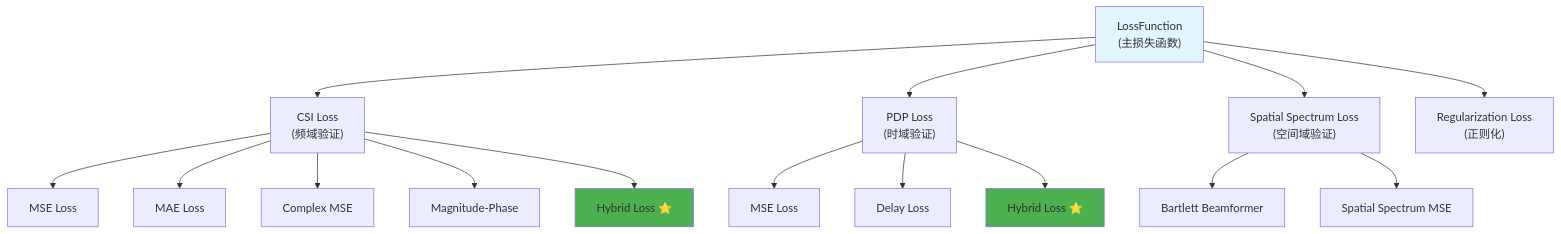
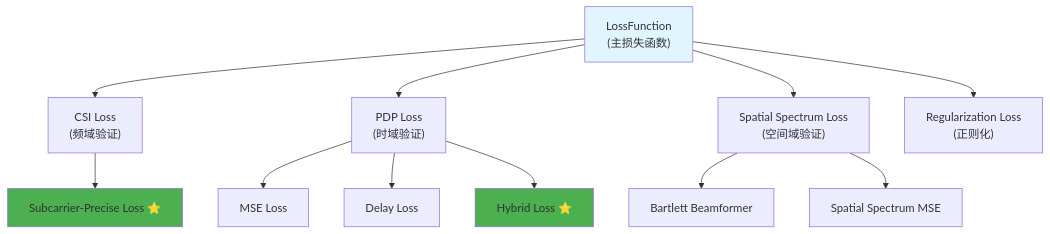
The diagram in docs/LOSS_FUNCTIONS.md (tagsysx/Prism), drawn with Mermaid before and after one commit. The commit also changed other lines of this file and 152 other files, not shown here.

````diff
--- a/docs/LOSS_FUNCTIONS.md
+++ b/docs/LOSS_FUNCTIONS.md
@@ -9,24 +9,20 @@
 ```mermaid
 graph TD
     A["LossFunction<br/>(主损失函数)"] --> B["CSI Loss<br/>(频域验证)"]
     A --> C["PDP Loss<br/>(时域验证)"]
     A --> D["Spatial Spectrum Loss<br/>(空间域验证)"]
     A --> E["Regularization Loss<br/>(正则化)"]
     
-    B --> B1["MSE Loss"]
-    B --> B2["MAE Loss"]
-    B --> B3["Complex MSE"]
-    B --> B4["Magnitude-Phase"]
-    B --> B5["Hybrid Loss ⭐"]
+    B --> B1["Subcarrier-Precise Loss ⭐"]
     
     C --> C1["MSE Loss"]
     C --> C2["Delay Loss"]
     C --> C3["Hybrid Loss ⭐"]
     
     D --> D1["Bartlett Beamformer"]
     D --> D2["Spatial Spectrum MSE"]
     
     style A fill:#e1f5fe
-    style B5 fill:#4caf50
+    style B1 fill:#4caf50
     style C3 fill:#4caf50
 ```
````
